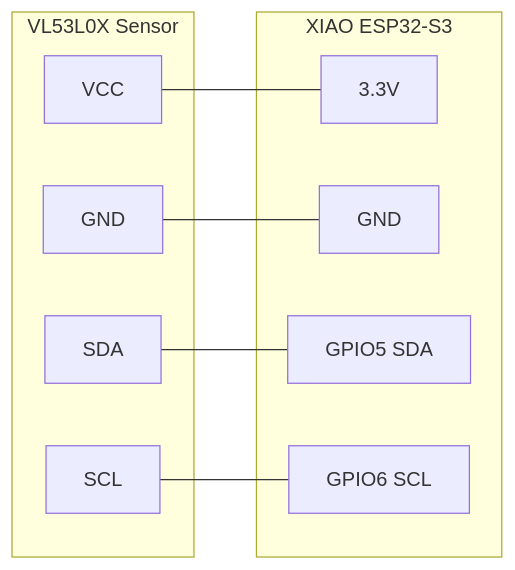
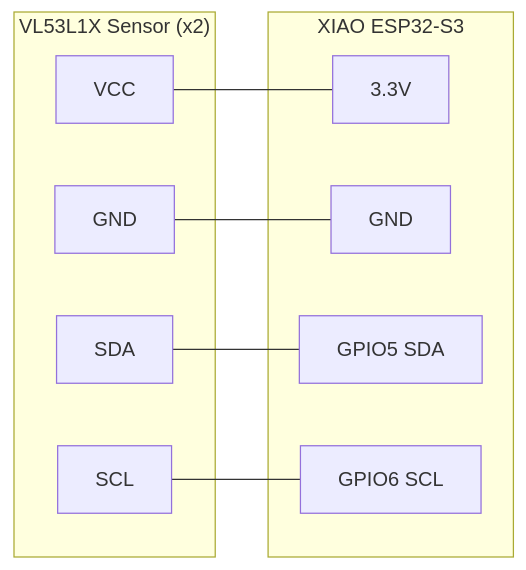
The third of 6 diagrams in PHASE2_SENSES.md (zabbix-byte/real-tars), drawn with Mermaid before and after one commit. The commit also changed other lines of this file and 6 other files, not shown here.

````diff
--- a/PHASE2_SENSES.md
+++ b/PHASE2_SENSES.md
@@ -128,21 +129,21 @@
 ```mermaid
 graph LR
-    subgraph VL53["VL53L0X Sensor"]
+    subgraph VL53["VL53L1X Sensor (x2)"]
         V_VCC["VCC"]
         V_GND["GND"]
         V_SDA["SDA"]
         V_SCL["SCL"]
     end
 
     subgraph ESP32["XIAO ESP32-S3"]
         E_3V["3.3V"]
         E_GND["GND"]
         E_SDA["GPIO5 SDA"]
         E_SCL["GPIO6 SCL"]
     end
 
     V_VCC --- E_3V
     V_GND --- E_GND
     V_SDA --- E_SDA
     V_SCL --- E_SCL
 ```
````
